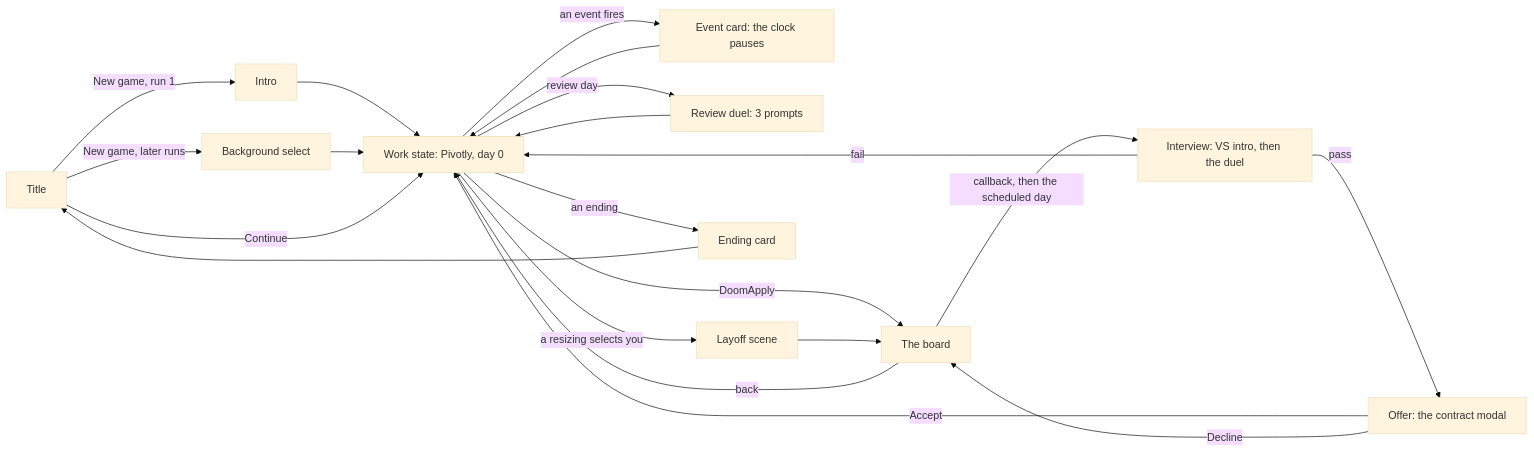
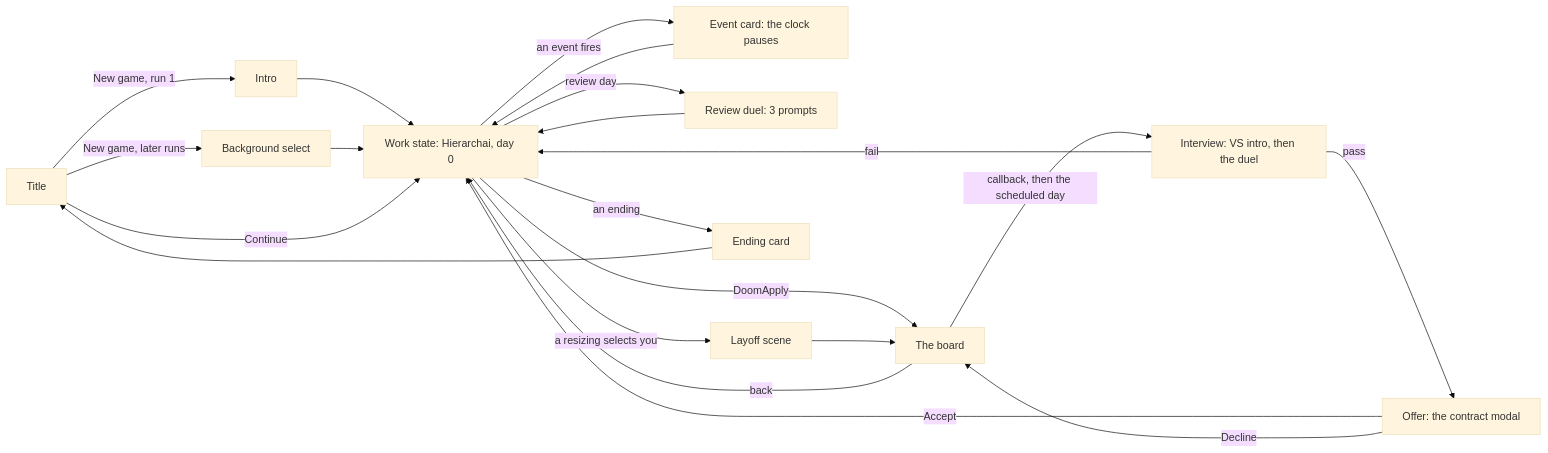
The third of 3 diagrams in docs/GDD.md (Lecoeurdelest/swe-simulator), drawn with Mermaid (base theme) before and after one commit. The commit also changed other lines of this file and 28 other files, not shown here.

````diff
--- a/docs/GDD.md
+++ b/docs/GDD.md
@@ -830,20 +830,20 @@
 ```mermaid
 flowchart LR
-  T[Title] -->|New game, run 1| I[Intro] --> WK[Work state: Pivotly, day 0]
+  T[Title] -->|New game, run 1| I[Intro] --> WK[Work state: Hierarchai, day 0]
   T -->|New game, later runs| B[Background select] --> WK
   T -->|Continue| WK
   WK -->|DoomApply| BD[The board]
   BD -->|back| WK
   BD -->|callback, then the scheduled day| IV[Interview: VS intro, then the duel]
   IV -->|pass| OF[Offer: the contract modal]
   IV -->|fail| WK
   OF -->|Accept| WK
   OF -->|Decline| BD
   WK -->|an event fires| EV[Event card: the clock pauses]
   EV --> WK
   WK -->|review day| RV[Review duel: 3 prompts]
   RV --> WK
   WK -->|a resizing selects you| LO[Layoff scene] --> BD
   WK -->|an ending| EN[Ending card]
   EN --> T
 ```
````
